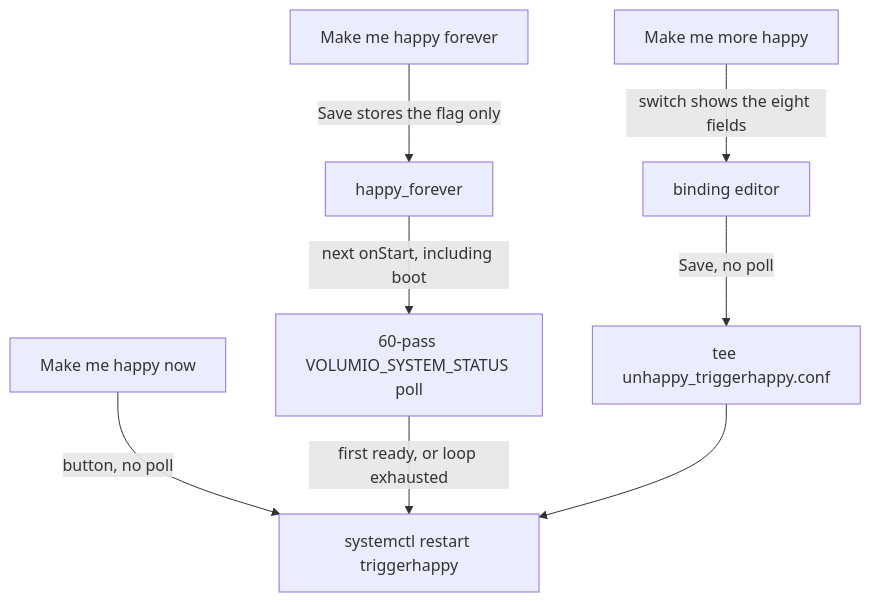
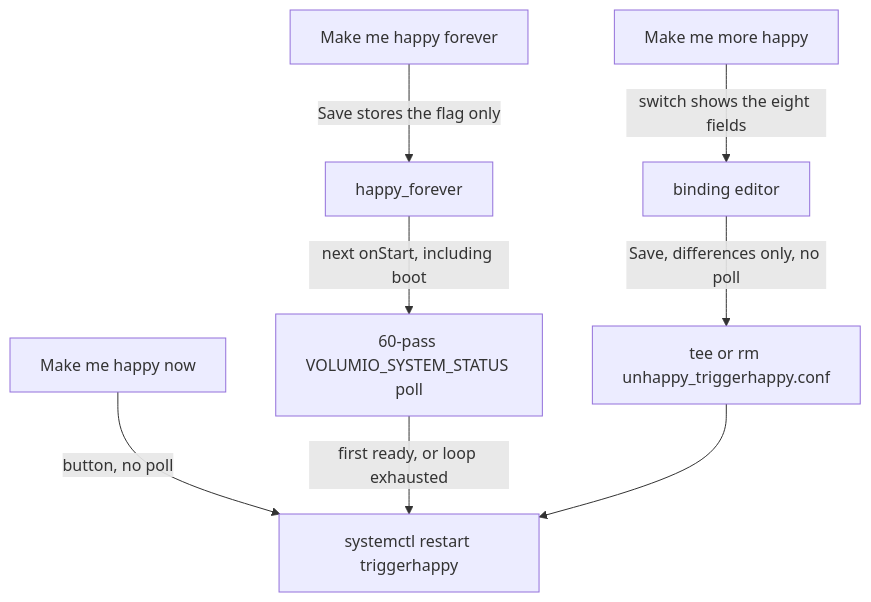
Before and after one commit to foonerd/unhappy: the fourth of 6 diagrams in README.md, drawn with Mermaid. The commit also changed other lines of this file and 6 other files, not shown here.

First line of the commit message:
fix: write only differing bindings and remove the plugin conf when none differ

````diff
--- a/README.md
+++ b/README.md
@@ -68,10 +93,10 @@
 ```mermaid
 flowchart TD
   NOW["Make me happy now"] -->|"button, no poll"| RESTART["systemctl restart triggerhappy"]
   FOREVER["Make me happy forever"] -->|"Save stores the flag only"| FLAG["happy_forever"]
   FLAG -->|"next onStart, including boot"| POLL["60-pass VOLUMIO_SYSTEM_STATUS poll"]
   POLL -->|"first ready, or loop exhausted"| RESTART
   MORE["Make me more happy"] -->|"switch shows the eight fields"| EDITOR["binding editor"]
-  EDITOR -->|"Save, no poll"| WRITE["tee unhappy_triggerhappy.conf"]
+  EDITOR -->|"Save, differences only, no poll"| WRITE["tee or rm unhappy_triggerhappy.conf"]
   WRITE --> RESTART
 ```
````
